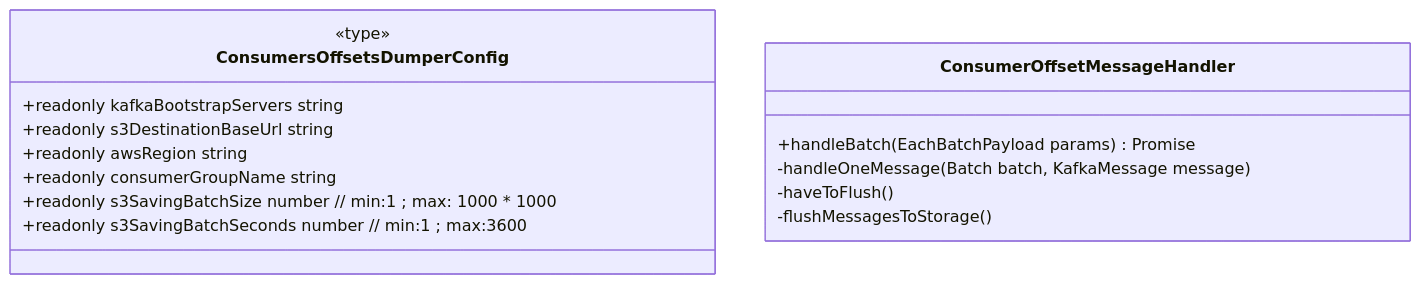
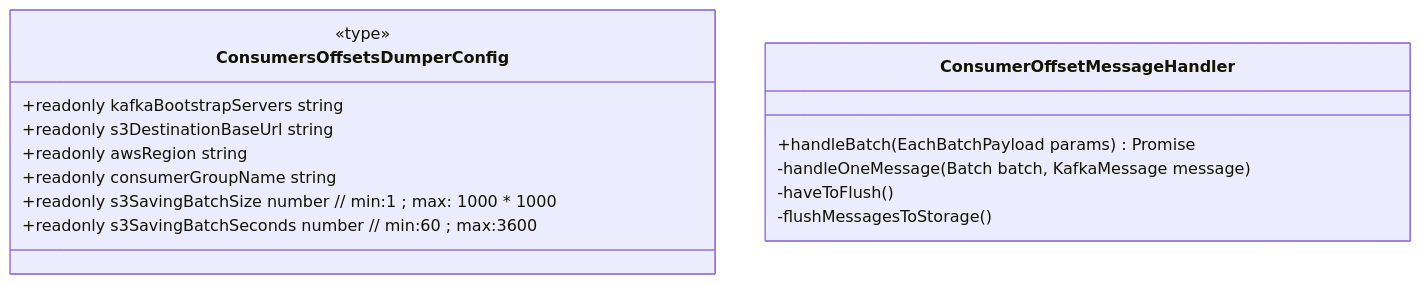
Before and after one commit to pagopa/interop-infra-commons: the first of 2 diagrams in apps/dump-kafka-consumer_offsets-topic/src/design.md, drawn with Mermaid.

````diff
--- a/apps/dump-kafka-consumer_offsets-topic/src/design.md
+++ b/apps/dump-kafka-consumer_offsets-topic/src/design.md
@@ -8,24 +8,24 @@
 ```mermaid
 classDiagram
     direction TB
 
     class ConsumersOffsetsDumperConfig {
         <<type>>
         +readonly kafkaBootstrapServers string
         +readonly s3DestinationBaseUrl string
         +readonly awsRegion string
         +readonly consumerGroupName string
         +readonly s3SavingBatchSize number // min:1 ; max: 1000 * 1000
-        +readonly s3SavingBatchSeconds number // min:1  ; max:3600
+        +readonly s3SavingBatchSeconds number // min:60 ; max:3600
     }
 
     class ConsumerOffsetMessageHandler {
 
         +handleBatch( EachBatchPayload params ) Promise<TopicPartitionOffsetAndMetadata[]>
 
         -handleOneMessage( Batch batch, KafkaMessage message )
         -haveToFlush()
         -flushMessagesToStorage()
     }
     
 ```
````
